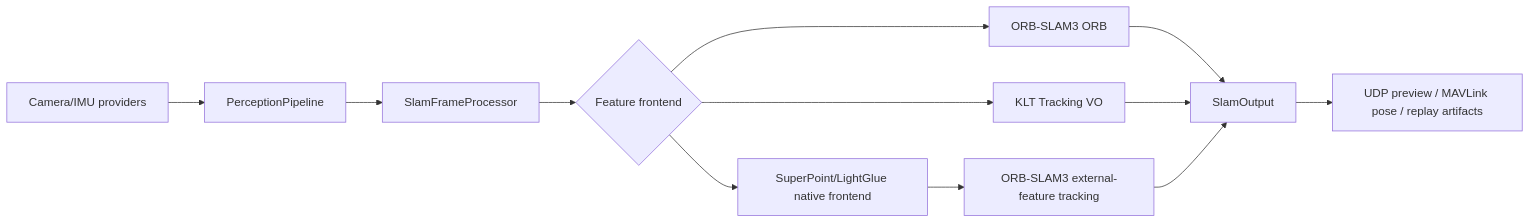
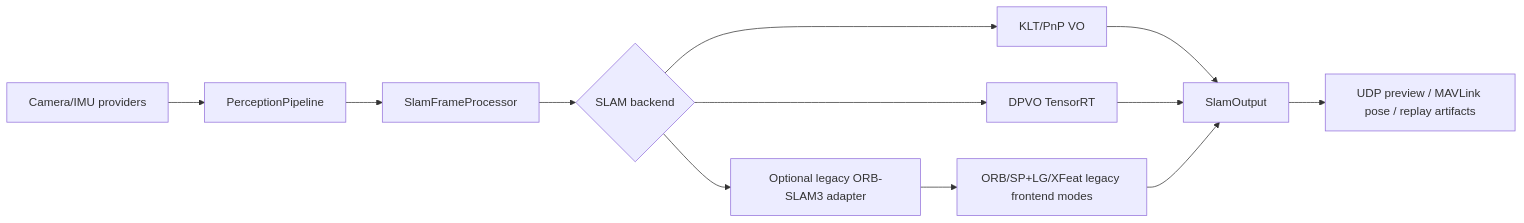
Before and after one commit to litingzhang/SmartDrone: the diagram in INSTRUCTION.md, drawn with Mermaid. The commit also changed other lines of this file and 356 other files, not shown here.

Commit message:
Refactor SLAM backends and absorb ORB-SLAM3 modules

````diff
--- a/INSTRUCTION.md
+++ b/INSTRUCTION.md
@@ -27,14 +26,14 @@
 ```mermaid
 flowchart LR
     A[Camera/IMU providers] --> B[PerceptionPipeline]
     B --> C[SlamFrameProcessor]
-    C --> D{Feature frontend}
-    D --> E[ORB-SLAM3 ORB]
-    D --> F[KLT Tracking VO]
-    D --> G[SuperPoint/LightGlue native frontend]
+    C --> D{SLAM backend}
+    D --> E[KLT/PnP VO]
+    D --> F[DPVO TensorRT]
+    D --> G[Optional legacy ORB-SLAM3 adapter]
+    G --> I[ORB/SP+LG/XFeat legacy frontend modes]
     E --> H[SlamOutput]
     F --> H
-    G --> I[ORB-SLAM3 external-feature tracking]
     I --> H
     H --> J[UDP preview / MAVLink pose / replay artifacts]
 ```
````
